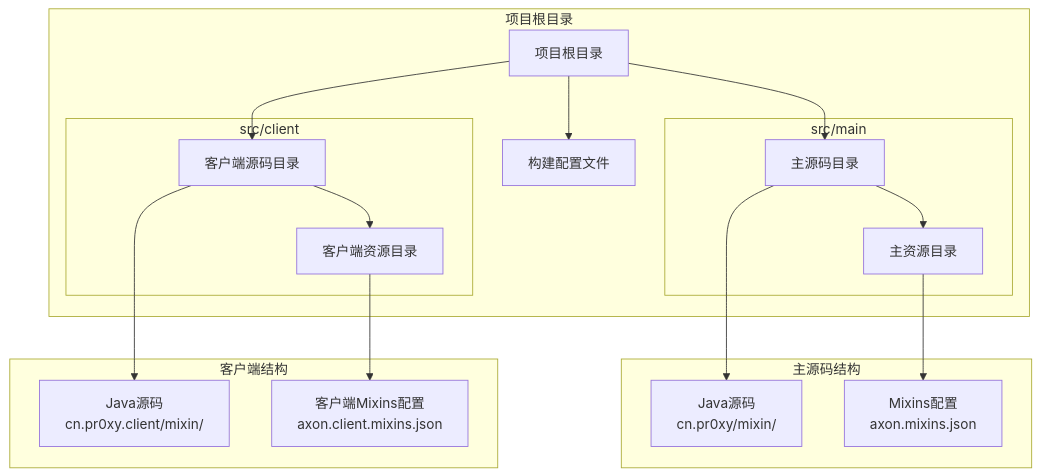
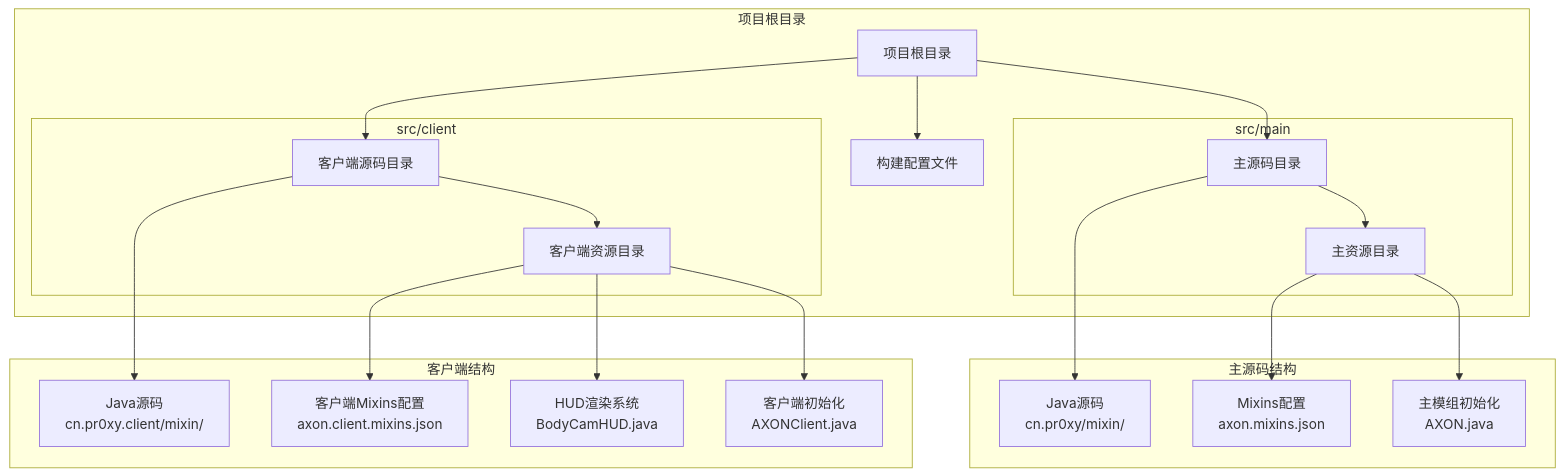
Before and after one commit to Manager20211/AxonBodyCam2: the first of 14 diagrams in .qoder/repowiki/zh/content/Mixin代码扩展系统/Mixin代码扩展系统.md, drawn with Mermaid. The commit also changed other lines of this file and 11 other files, not shown here.

````diff
--- a/.qoder/repowiki/zh/content/Mixin代码扩展系统/Mixin代码扩展系统.md
+++ b/.qoder/repowiki/zh/content/Mixin代码扩展系统/Mixin代码扩展系统.md
@@ -36,32 +50,38 @@
 ```mermaid
 graph TB
 subgraph "项目根目录"
 Root[项目根目录]
 subgraph "src/main"
 MainSrc[主源码目录]
 MainRes[主资源目录]
 end
 subgraph "src/client"
 ClientSrc[客户端源码目录]
 ClientRes[客户端资源目录]
 end
 BuildFiles[构建配置文件]
 end
 subgraph "主源码结构"
 MainJava[Java源码<br/>cn.pr0xy/mixin/]
 MainResFiles[Mixins配置<br/>axon.mixins.json]
+MainModInit[主模组初始化<br/>AXON.java]
 end
 subgraph "客户端结构"
 ClientJava[Java源码<br/>cn.pr0xy.client/mixin/]
 ClientResFiles[客户端Mixins配置<br/>axon.client.mixins.json]
+ClientHUD[HUD渲染系统<br/>BodyCamHUD.java]
+ClientInit[客户端初始化<br/>AXONClient.java]
 end
 Root --> MainSrc
 Root --> ClientSrc
 Root --> BuildFiles
 MainSrc --> MainJava
 MainSrc --> MainRes
+MainRes --> MainResFiles
+MainRes --> MainModInit
 ClientSrc --> ClientJava
 ClientSrc --> ClientRes
-MainRes --> MainResFiles
 ClientRes --> ClientResFiles
+ClientRes --> ClientHUD
+ClientRes --> ClientInit
 ```
````
